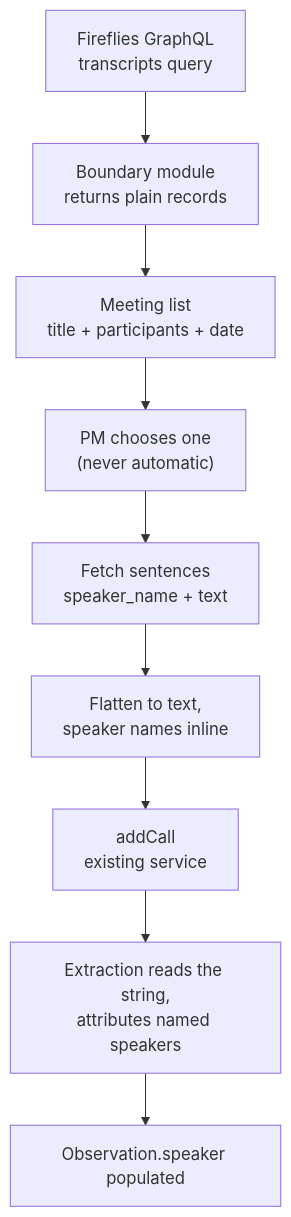
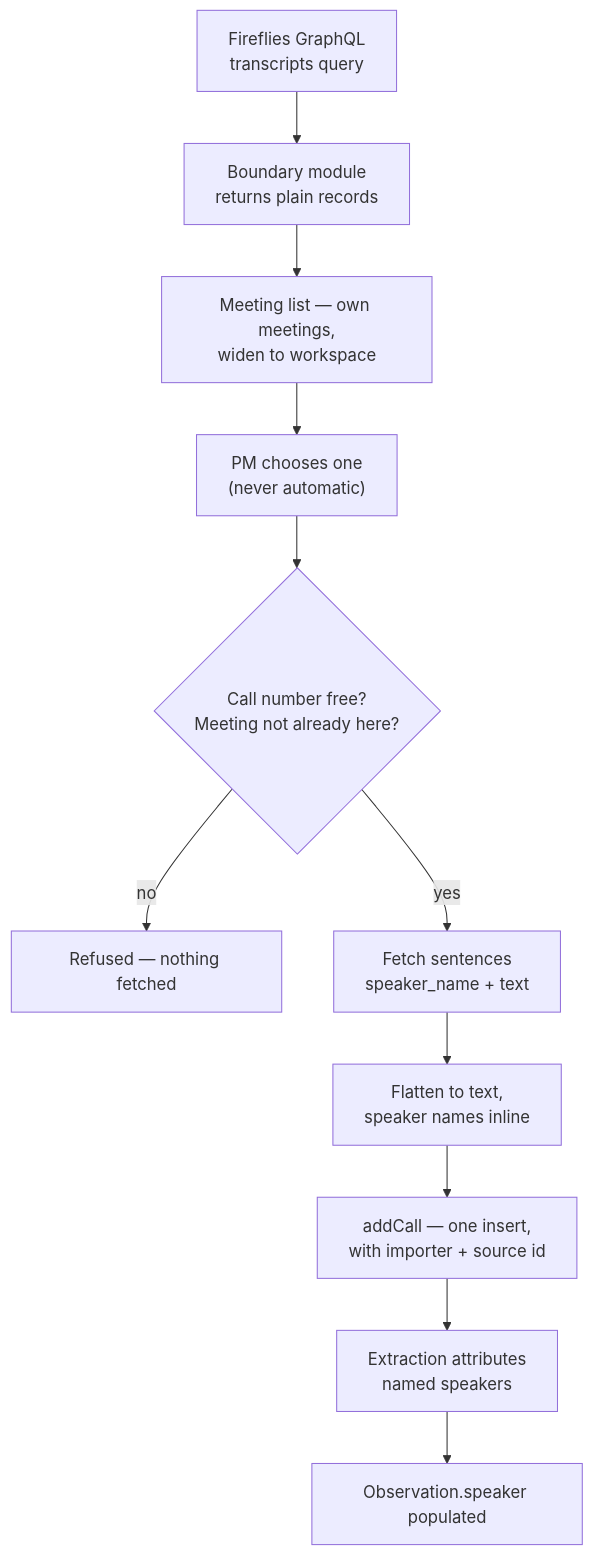
The first of 2 diagrams in docs/plans/2026-07-28-003-feat-l1-completion-plan.md (harshit-20719/TARS), drawn with Mermaid before and after one commit. The commit also changed other lines of this file, not shown here.

````diff
--- a/docs/plans/2026-07-28-003-feat-l1-completion-plan.md
+++ b/docs/plans/2026-07-28-003-feat-l1-completion-plan.md
@@ -281,11 +289,13 @@
 ```mermaid
 flowchart TB
   A["Fireflies GraphQL<br/>transcripts query"] --> B["Boundary module<br/>returns plain records"]
-  B --> C["Meeting list<br/>title + participants + date"]
+  B --> C["Meeting list — own meetings,<br/>widen to workspace"]
   C --> D["PM chooses one<br/>(never automatic)"]
-  D --> E["Fetch sentences<br/>speaker_name + text"]
-  E --> F["Flatten to text,<br/>speaker names inline"]
-  F --> G["addCall<br/>existing service"]
-  G --> H["Extraction reads the string,<br/>attributes named speakers"]
-  H --> I["Observation.speaker populated"]
+  D --> E{"Call number free?<br/>Meeting not already here?"}
+  E -->|no| F["Refused — nothing fetched"]
+  E -->|yes| G["Fetch sentences<br/>speaker_name + text"]
+  G --> H["Flatten to text,<br/>speaker names inline"]
+  H --> I["addCall — one insert,<br/>with importer + source id"]
+  I --> J["Extraction attributes<br/>named speakers"]
+  J --> K["Observation.speaker populated"]
 ```
````
